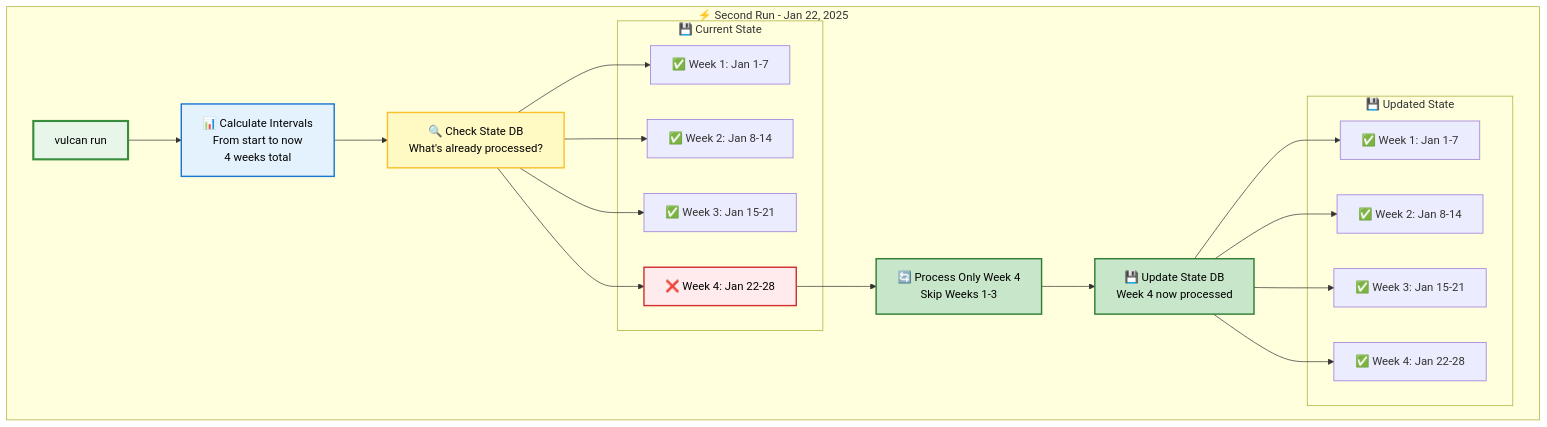
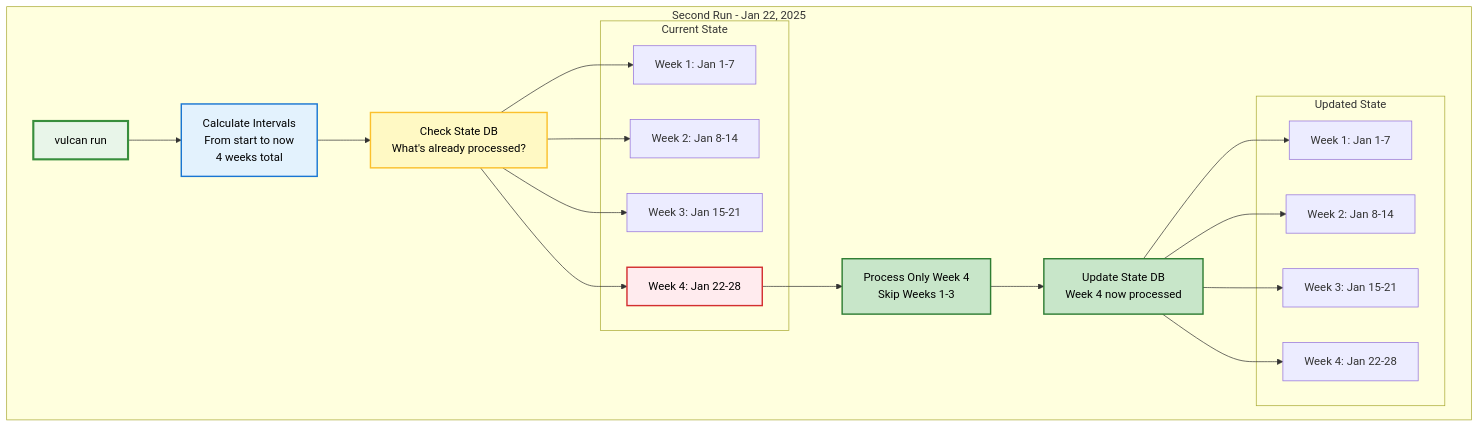
Before and after one commit to tmdc-io/vulcan-book: the seventh of 13 diagrams in docs/guides/incremental_by_time.md, drawn with Mermaid. The commit also changed other lines of this file and 6 other files, not shown here.

Commit message:
updated mermaid diagrams to remove emojis, commented out the old plan guide o have only the new 2.0 plan guide

````diff
--- a/docs/guides/incremental_by_time.md
+++ b/docs/guides/incremental_by_time.md
@@ -310,47 +310,47 @@
 ```mermaid
 flowchart TB
-    subgraph "⚡ Second Run - Jan 22, 2025"
+    subgraph "Second Run - Jan 22, 2025"
         RUN2[vulcan run]
-        CALC2[📊 Calculate Intervals<br/>From start to now<br/>4 weeks total]
-        CHECK[🔍 Check State DB<br/>What's already processed?]
+        CALC2[Calculate Intervals<br/>From start to now<br/>4 weeks total]
+        CHECK[Check State DB<br/>What's already processed?]
         
-        subgraph "💾 Current State"
-            W1_EXIST[✅ Week 1: Jan 1-7]
-            W2_EXIST[✅ Week 2: Jan 8-14]
-            W3_EXIST[✅ Week 3: Jan 15-21]
-            W4_MISS[❌ Week 4: Jan 22-28]
+        subgraph "Current State"
+            W1_EXIST[Week 1: Jan 1-7]
+            W2_EXIST[Week 2: Jan 8-14]
+            W3_EXIST[Week 3: Jan 15-21]
+            W4_MISS[Week 4: Jan 22-28]
         end
         
-        PROCESS2[🔄 Process Only Week 4<br/>Skip Weeks 1-3]
-        RECORD2[💾 Update State DB<br/>Week 4 now processed]
+        PROCESS2[Process Only Week 4<br/>Skip Weeks 1-3]
+        RECORD2[Update State DB<br/>Week 4 now processed]
         
-        subgraph "💾 Updated State"
-            W1_NEW[✅ Week 1: Jan 1-7]
-            W2_NEW[✅ Week 2: Jan 8-14]
-            W3_NEW[✅ Week 3: Jan 15-21]
-            W4_NEW[✅ Week 4: Jan 22-28]
+        subgraph "Updated State"
+            W1_NEW[Week 1: Jan 1-7]
+            W2_NEW[Week 2: Jan 8-14]
+            W3_NEW[Week 3: Jan 15-21]
+            W4_NEW[Week 4: Jan 22-28]
         end
     end
     
     RUN2 --> CALC2
     CALC2 --> CHECK
     CHECK --> W1_EXIST
     CHECK --> W2_EXIST
     CHECK --> W3_EXIST
     CHECK --> W4_MISS
     
     W4_MISS --> PROCESS2
     PROCESS2 --> RECORD2
     
     RECORD2 --> W1_NEW
     RECORD2 --> W2_NEW
     RECORD2 --> W3_NEW
     RECORD2 --> W4_NEW
     
     style RUN2 fill:#e8f5e9,stroke:#388e3c,stroke-width:3px,color:#000
     style CALC2 fill:#e3f2fd,stroke:#1976d2,stroke-width:2px,color:#000
     style CHECK fill:#fff9c4,stroke:#fbc02d,stroke-width:2px,color:#000
     style W4_MISS fill:#ffebee,stroke:#d32f2f,stroke-width:2px,color:#000
     style PROCESS2 fill:#c8e6c9,stroke:#2e7d32,stroke-width:2px,color:#000
     style RECORD2 fill:#c8e6c9,stroke:#2e7d32,stroke-width:2px,color:#000
 ```
````
